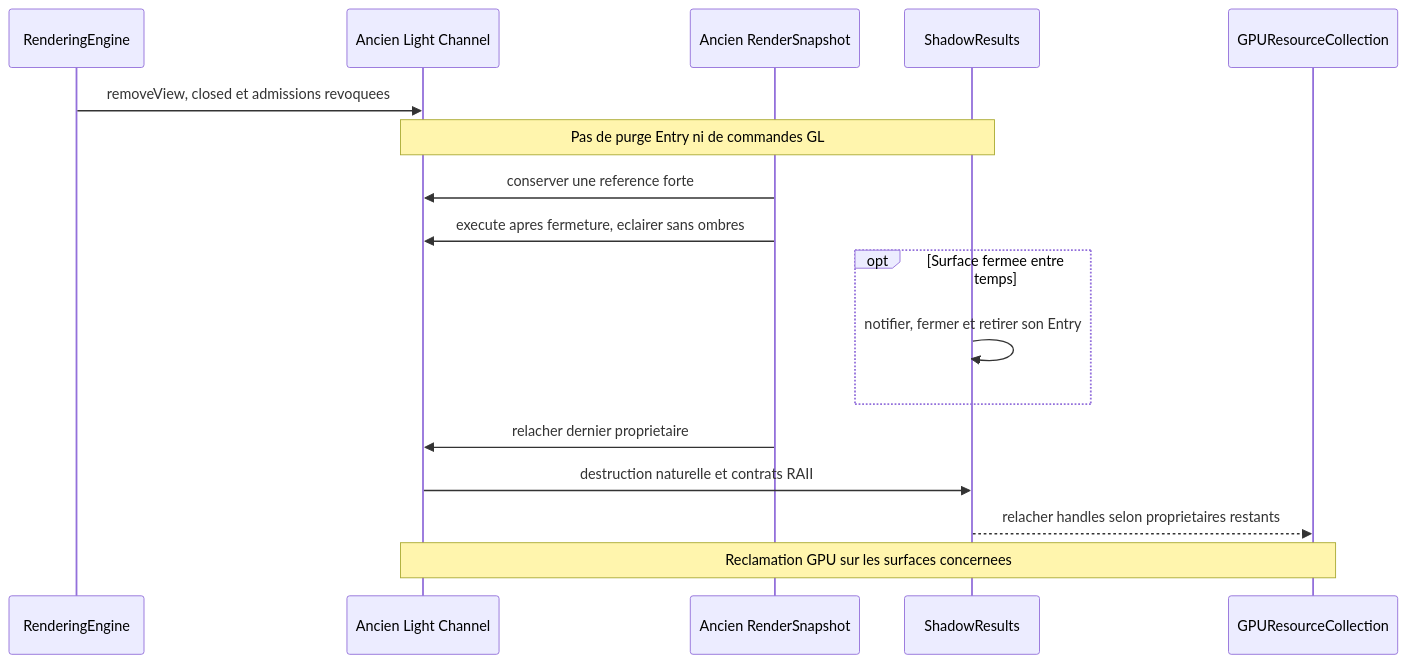
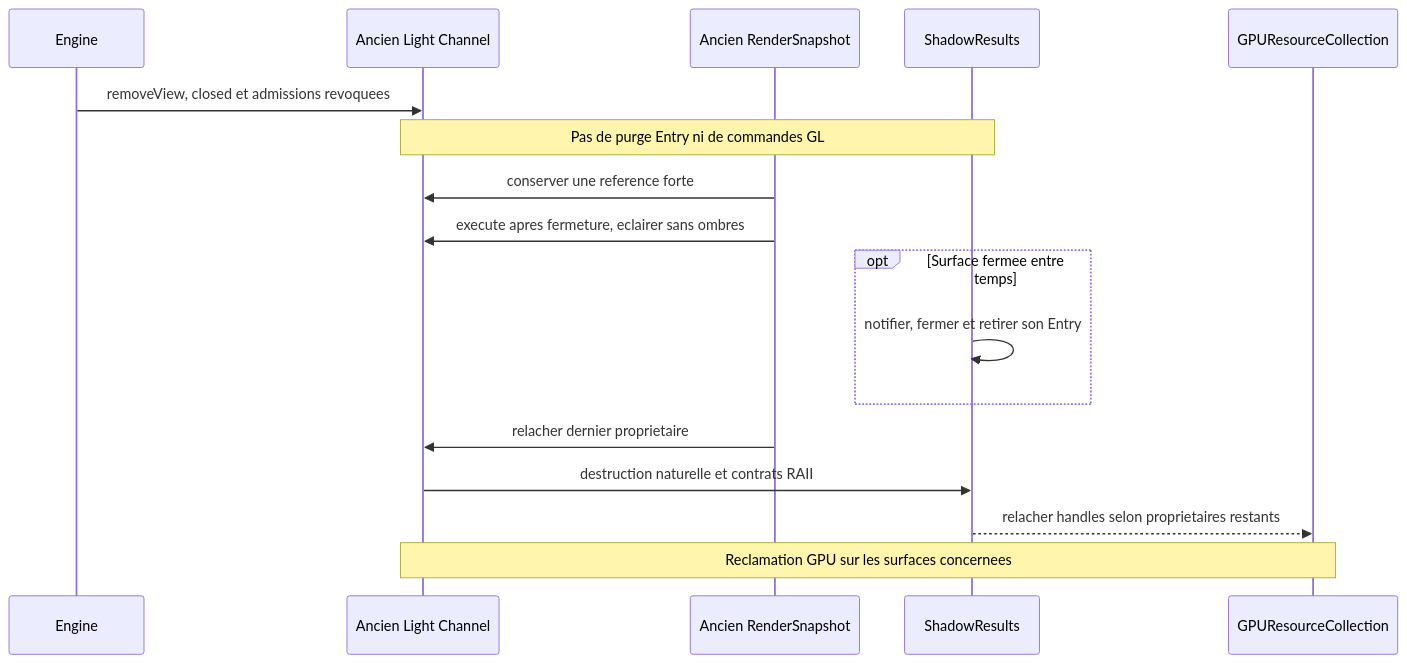
One commit to EreliaStudio/Sparkle changed the fifth of 20 diagrams in docs/voxel-engine-v0.1.4/08-lumieres-et-ombres.md. Above: the diagram before and after it, drawn with Mermaid. The commit also changed other lines of this file and 46 other files, not shown here.

````diff
--- a/docs/voxel-engine-v0.1.4/08-lumieres-et-ombres.md
+++ b/docs/voxel-engine-v0.1.4/08-lumieres-et-ombres.md
@@ -190,19 +190,19 @@
 ```mermaid
 sequenceDiagram
-  participant M as RenderingEngine
+  participant M as Engine
   participant CH as Ancien Light Channel
   participant S as Ancien RenderSnapshot
   participant R as ShadowResults
   participant GPU as GPUResourceCollection
   M->>CH: removeView, closed et admissions revoquees
   Note over CH,R: Pas de purge Entry ni de commandes GL
   S->>CH: conserver une reference forte
   S->>CH: execute apres fermeture, eclairer sans ombres
   opt Surface fermee entre temps
     R->>R: notifier, fermer et retirer son Entry
   end
   S->>CH: relacher dernier proprietaire
   CH->>R: destruction naturelle et contrats RAII
   R-->>GPU: relacher handles selon proprietaires restants
   Note over CH,GPU: Reclamation GPU sur les surfaces concernees
 ```
````
